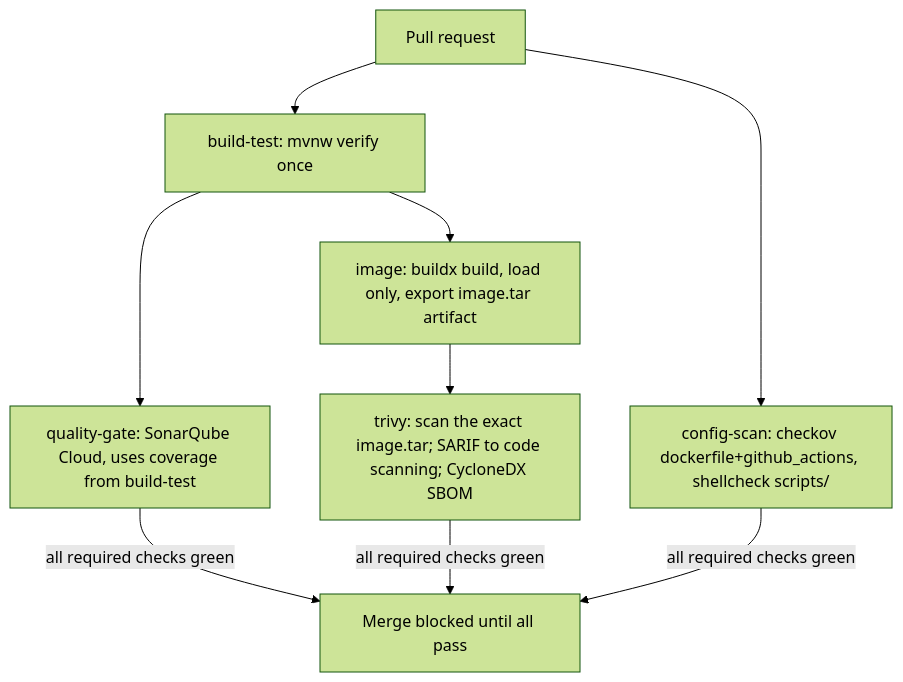
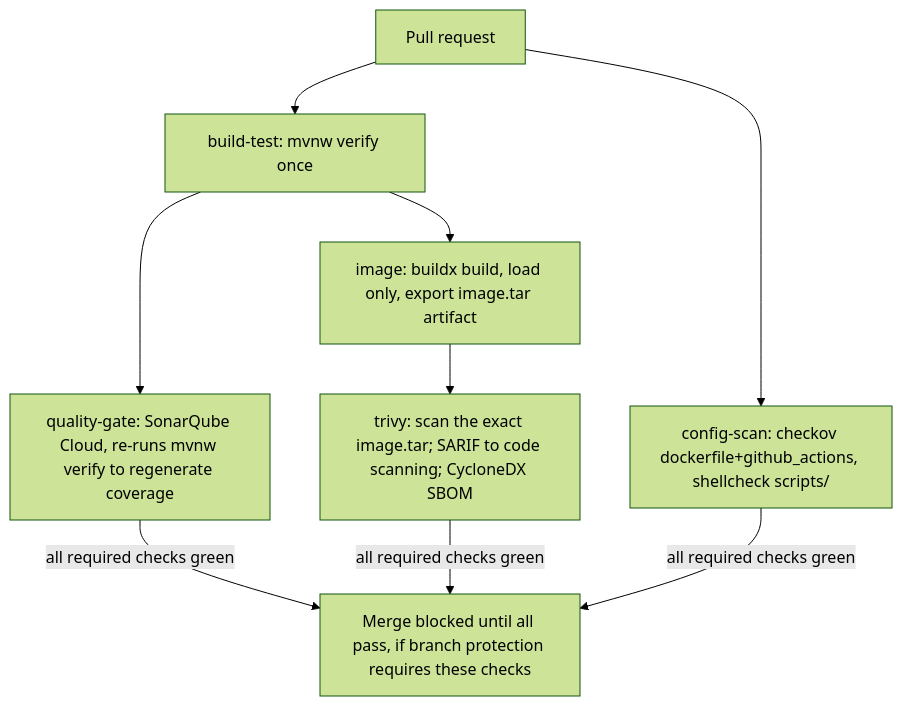
One commit to ThinkWithOps/thinkwithops-petclinic-production changed the first of 3 diagrams in docs/architecture/v2-cicd.md. Above: the diagram before and after it, drawn with Mermaid (forest theme). The commit also changed other lines of this file and 12 other files, not shown here.

First line of the commit message:
ci: prepare self-hosted Jenkins/SonarQube/Nexus path for first run

````diff
--- a/docs/architecture/v2-cicd.md
+++ b/docs/architecture/v2-cicd.md
@@ -8,9 +10,9 @@
 ```mermaid
 flowchart TD
     PR[Pull request] --> BT[build-test: mvnw verify once]
-    BT --> QG[quality-gate: SonarQube Cloud, uses coverage from build-test]
+    BT --> QG[quality-gate: SonarQube Cloud, re-runs mvnw verify to regenerate coverage]
     BT --> IMG[image: buildx build, load only, export image.tar artifact]
     IMG --> TR[trivy: scan the exact image.tar; SARIF to code scanning; CycloneDX SBOM]
     PR --> CS[config-scan: checkov dockerfile+github_actions, shellcheck scripts/]
-    QG & TR & CS -->|all required checks green| MERGE[Merge blocked until all pass]
+    QG & TR & CS -->|all required checks green| MERGE[Merge blocked until all pass, if branch protection requires these checks]
 ```
````
